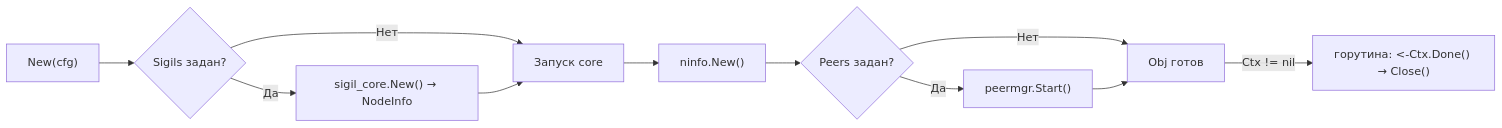
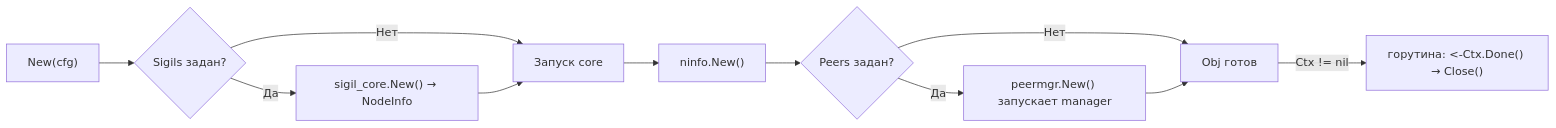
The second of 6 diagrams in README.RU.md (voluminor/ratatoskr), drawn with Mermaid before and after one commit. The commit also changed other lines of this file and 108 other files, not shown here.

````diff
--- a/README.RU.md
+++ b/README.RU.md
@@ -183,13 +183,13 @@
 ```mermaid
 flowchart LR
   New["New(cfg)"] --> SG{Sigils задан?}
   SG -->|Да| SC["sigil_core.New() → NodeInfo"]
   SG -->|Нет| Core
   SC --> Core["Запуск core"]
   Core --> NI["ninfo.New()"]
   NI --> PM{Peers задан?}
-  PM -->|Да| Start["peermgr.Start()"]
+  PM -->|Да| Start["peermgr.New() запускает manager"]
   PM -->|Нет| Ready["Obj готов"]
   Start --> Ready
   Ready -->|" Ctx != nil "| Watch["горутина: <-Ctx.Done() → Close()"]
 ```
````
